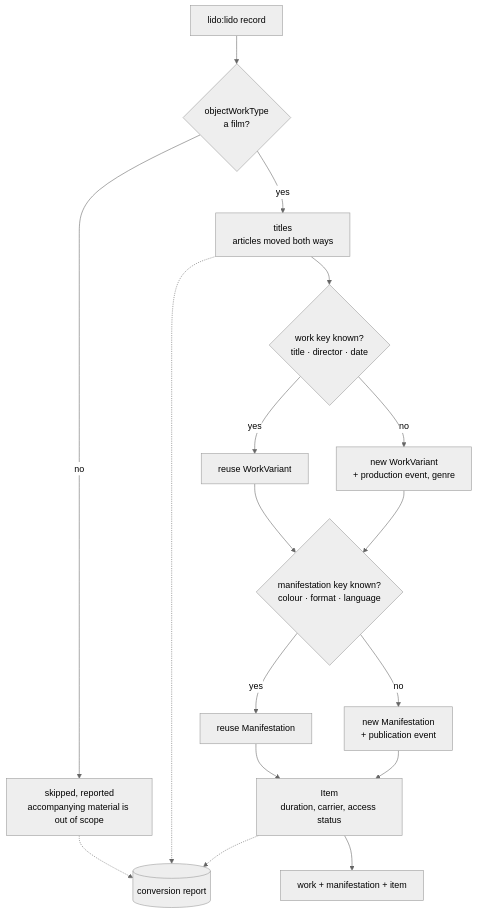
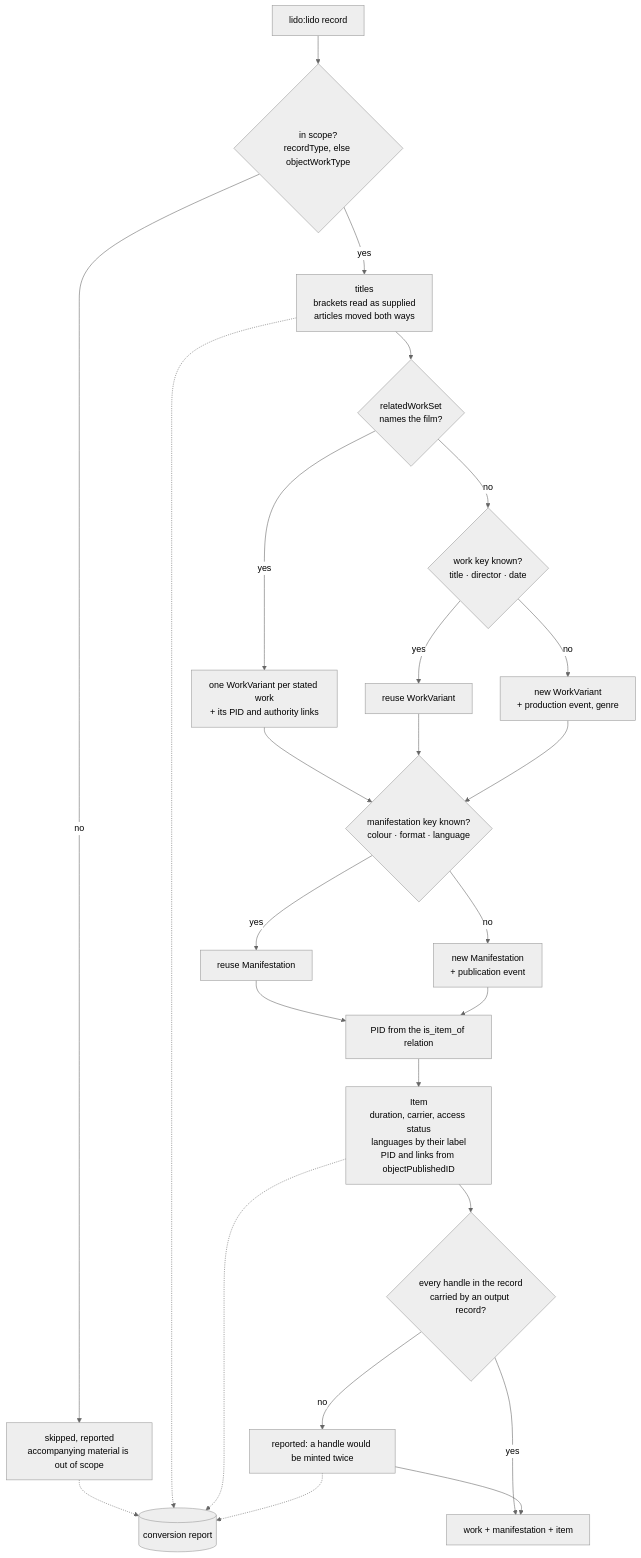
The diagram in src/efi_conv/lido/README.md (andreaskasper/avefi-converter), drawn with Mermaid (neutral theme) before and after one commit. The commit also changed other lines of this file and 13 other files, not shown here.

````diff
--- a/src/efi_conv/lido/README.md
+++ b/src/efi_conv/lido/README.md
@@ -15,19 +15,27 @@
 ```mermaid
 flowchart TD
-    IN["lido:lido record"] --> WT{"objectWorkType<br/>a film?"}
-    WT -->|no| SKIP["skipped, reported<br/>accompanying material is out of scope"]
-    WT -->|yes| T["titles<br/>articles moved both ways"]
-    T --> WK{"work key known?<br/>title · director · date"}
+    IN["lido:lido record"] --> SC{"in scope?<br/>recordType, else objectWorkType"}
+    SC -->|no| SKIP["skipped, reported<br/>accompanying material is out of scope"]
+    SC -->|yes| T["titles<br/>brackets read as supplied<br/>articles moved both ways"]
+    T --> RW{"relatedWorkSet<br/>names the film?"}
+    RW -->|yes| STATED["one WorkVariant per stated work<br/>+ its PID and authority links"]
+    RW -->|no| WK{"work key known?<br/>title · director · date"}
     WK -->|yes| REUSE["reuse WorkVariant"]
     WK -->|no| NEW["new WorkVariant<br/>+ production event, genre"]
+    STATED --> MK
     REUSE --> MK
     NEW --> MK{"manifestation key known?<br/>colour · format · language"}
     MK -->|yes| MREUSE["reuse Manifestation"]
     MK -->|no| MNEW["new Manifestation<br/>+ publication event"]
-    MREUSE --> IT["Item<br/>duration, carrier, access status"]
-    MNEW --> IT
-    IT --> OUT["work + manifestation + item"]
+    MREUSE --> MP["PID from the is_item_of relation"]
+    MNEW --> MP
+    MP --> IT["Item<br/>duration, carrier, access status<br/>languages by their label<br/>PID and links from objectPublishedID"]
+    IT --> CK{"every handle in the record<br/>carried by an output record?"}
+    CK -->|no| LOST["reported: a handle would be minted twice"]
+    CK -->|yes| OUT["work + manifestation + item"]
+    LOST --> OUT
     SKIP -.-> REP[("conversion report")]
     T -.-> REP
     IT -.-> REP
+    LOST -.-> REP
 ```
````
